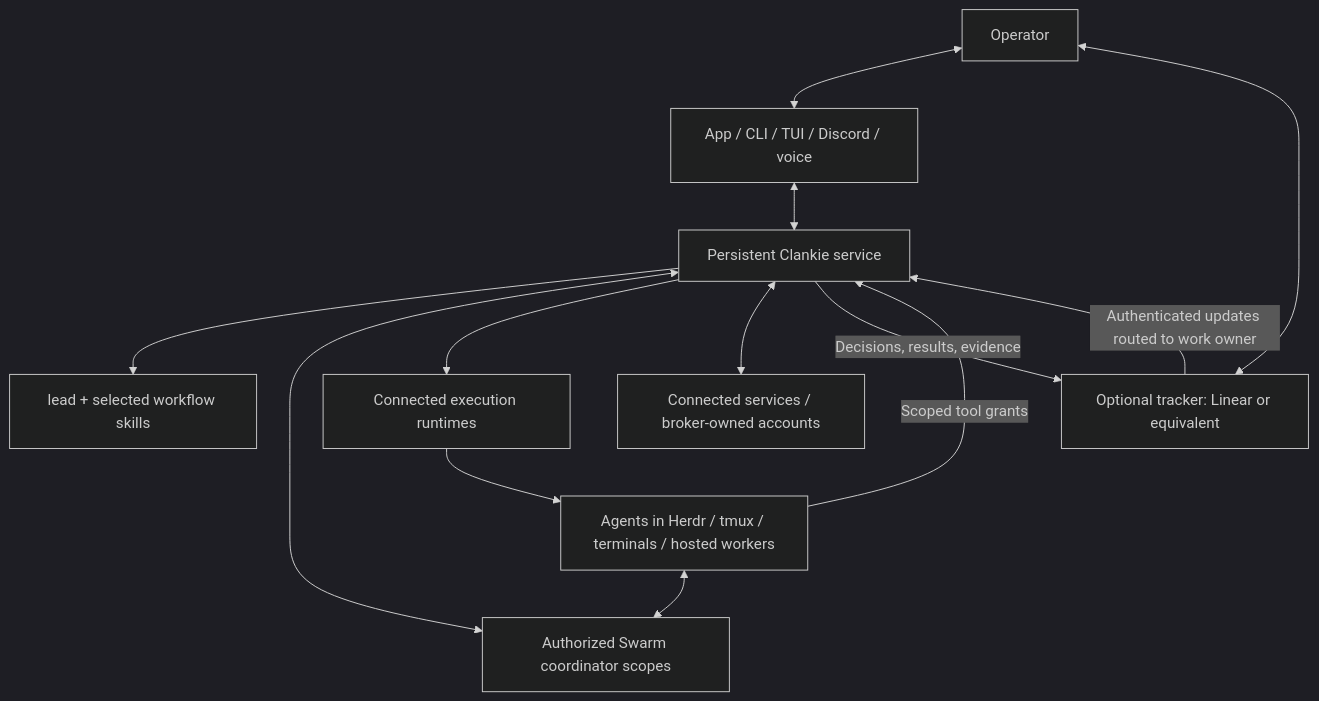
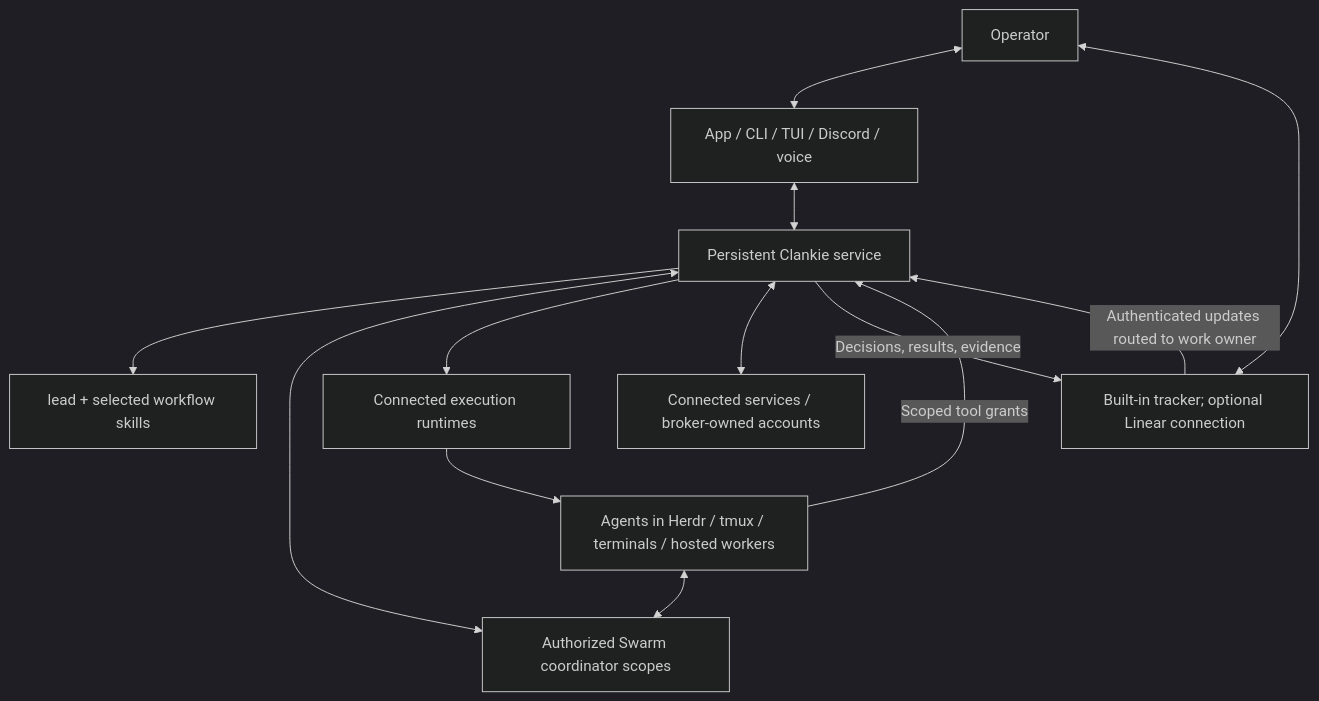
The first of 2 diagrams in docs/adr/0181-clankie-is-independent-of-his-connections.md (Volpestyle/clankie), drawn with Mermaid (dark theme) before and after one commit. The commit also changed other lines of this file and 2 other files, not shown here.

First line of the commit message:
docs(adr): propose built-in tracker as default in ADR 0181 (VUH-1904)

````diff
--- a/docs/adr/0181-clankie-is-independent-of-his-connections.md
+++ b/docs/adr/0181-clankie-is-independent-of-his-connections.md
@@ -30,15 +33,15 @@
 ```mermaid
 flowchart TB
   person[Operator] <--> portals[App / CLI / TUI / Discord / voice]
   portals <--> clankie[Persistent Clankie service]
   clankie --> skills[lead + selected workflow skills]
   clankie <--> swarm[Authorized Swarm coordinator scopes]
   clankie --> runtime[Connected execution runtimes]
   runtime --> agents[Agents in Herdr / tmux / terminals / hosted workers]
   agents <--> swarm
   agents -->|Scoped tool grants| clankie
   clankie <--> services[Connected services / broker-owned accounts]
-  person <--> tracker[Optional tracker: Linear or equivalent]
+  person <--> tracker[Built-in tracker; optional Linear connection]
   tracker -->|Authenticated updates routed to work owner| clankie
   clankie -->|Decisions, results, evidence| tracker
 ```
````
